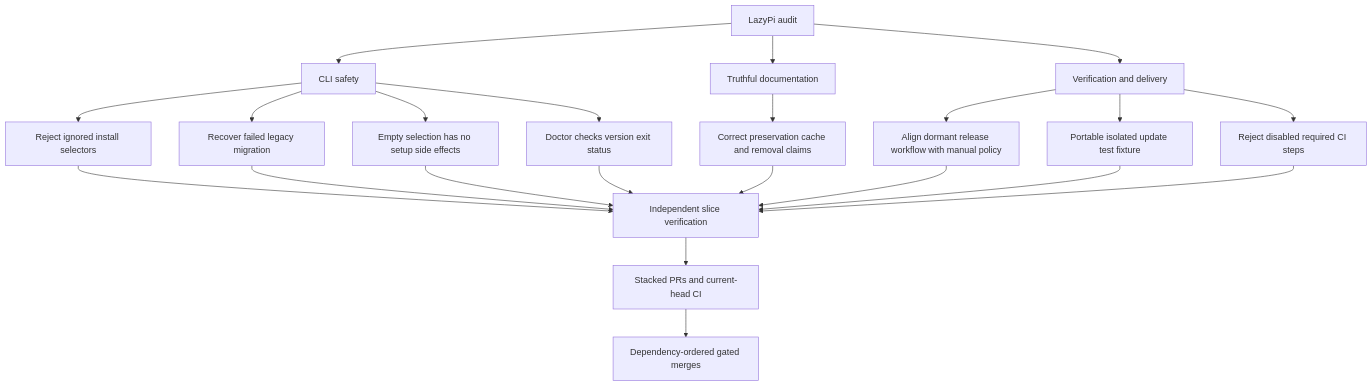
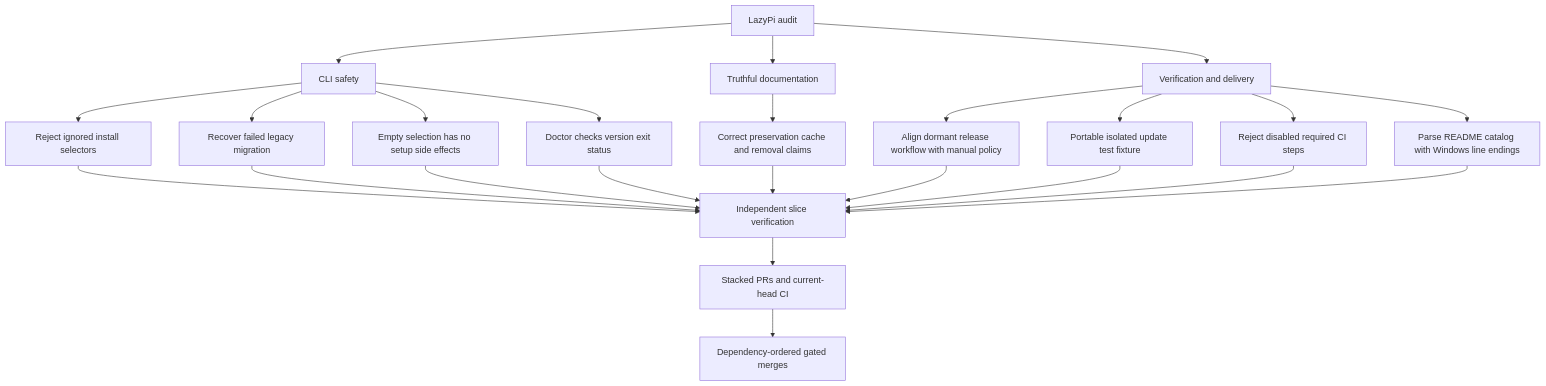
Before and after one commit to tommy-ca/LazyPi: the diagram in odd/tasks/lazypi-audit-stack.md, drawn with Mermaid. The commit also changed other lines of this file and 1 other file, not shown here.

````diff
--- a/odd/tasks/lazypi-audit-stack.md
+++ b/odd/tasks/lazypi-audit-stack.md
@@ -47,24 +48,26 @@
 ```mermaid
 graph TD
   E0[LazyPi audit] --> E1[CLI safety]
   E0 --> E2[Truthful documentation]
   E0 --> E3[Verification and delivery]
   E1 --> I1[Reject ignored install selectors]
   E1 --> I2[Recover failed legacy migration]
   E1 --> I3[Empty selection has no setup side effects]
   E1 --> I4[Doctor checks version exit status]
   E2 --> I5[Correct preservation cache and removal claims]
   E3 --> I6[Align dormant release workflow with manual policy]
   E3 --> I7[Portable isolated update test fixture]
   E3 --> I8[Reject disabled required CI steps]
+  E3 --> I10[Parse README catalog with Windows line endings]
   I1 --> V[Independent slice verification]
   I2 --> V
   I3 --> V
   I4 --> V
   I5 --> V
   I6 --> V
   I7 --> V
   I8 --> V
+  I10 --> V
   V --> P[Stacked PRs and current-head CI]
   P --> M[Dependency-ordered gated merges]
 ```
````
